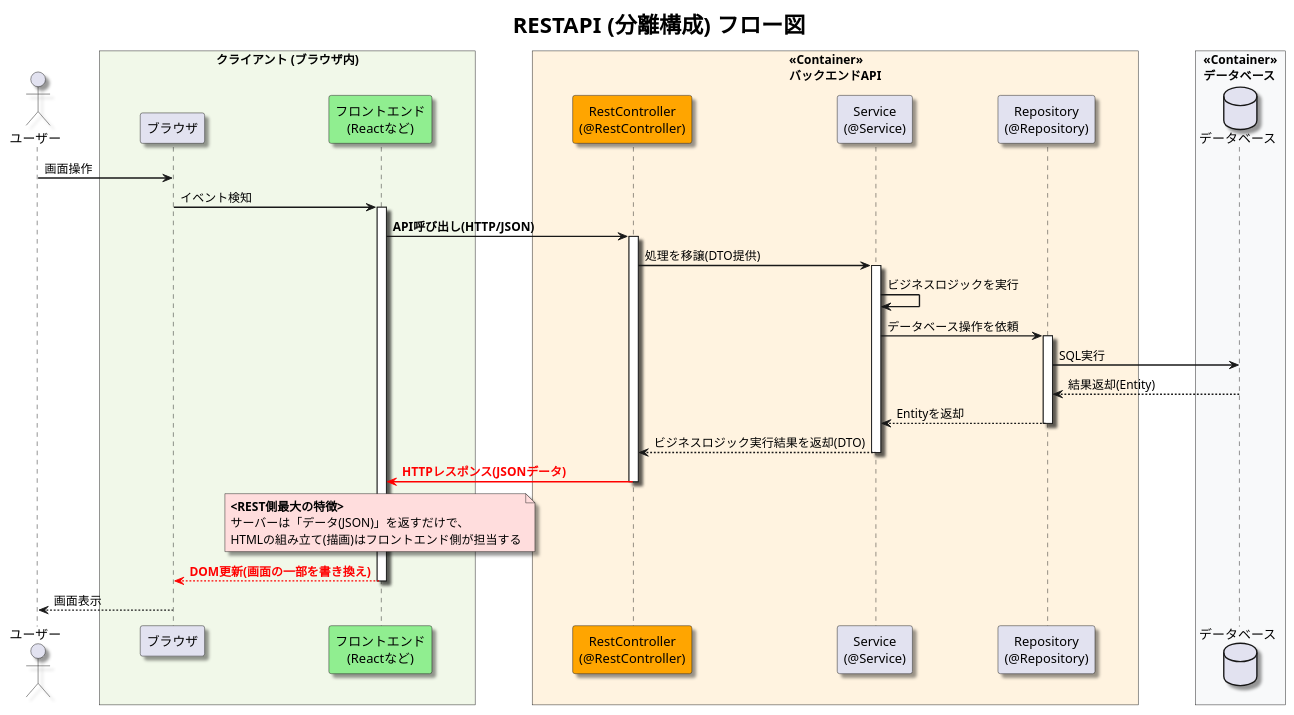
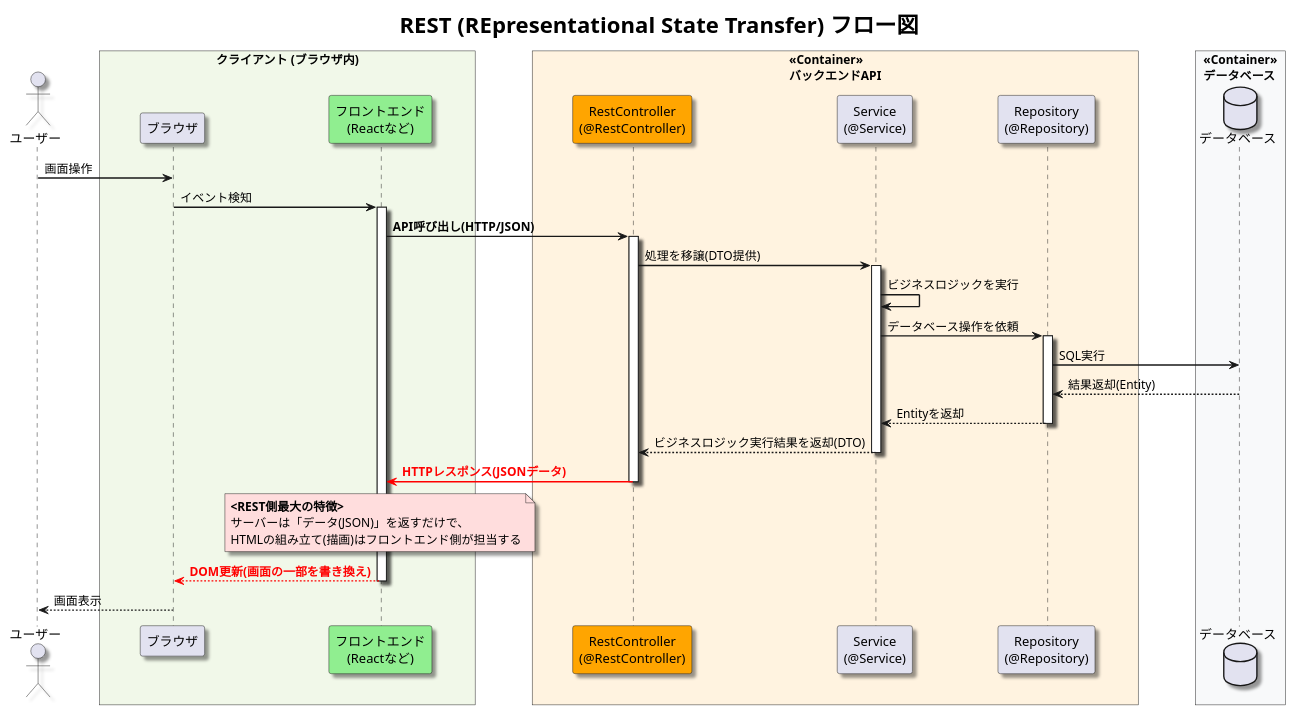
One commit to kyoya-msi/zenn-content changed the diagram in images/understanding-ssr-vs-restapi-umlsequense/puml/RESTAPI.puml. Above: the diagram before and after it, drawn with PlantUML. The commit also changed 3 other files, not shown here.

Commit message:
記事の表現修正 - "RESTAPI"から"REST"に変更

```diff
--- a/images/understanding-ssr-vs-restapi-umlsequense/puml/RESTAPI.puml
+++ b/images/understanding-ssr-vs-restapi-umlsequense/puml/RESTAPI.puml
@@ -1,81 +1,81 @@
 @startuml
 ' ----------------------------
 '       レイアウト定義        
 ' ----------------------------
 skinparam TitleFontSize 24
 skinparam TitleFontStyle bold
 skinparam ParticipantPadding 40
 skinparam BoxPadding 30
 skinparam shadowing true
 skinparam sequenceArrowThickness 1.5
 
 ' ----------------------------
 '           タイトル           
 ' ----------------------------
-title "RESTAPI (分離構成) フロー図"
+title "REST (REpresentational State Transfer) フロー図"
 
 ' ----------------------------
 '       ライフライン定義       
 ' ----------------------------
 actor "ユーザー" as user
 
 box "クライアント (ブラウザ内)" #f1f8e9
     participant "ブラウザ" as Browser
     participant "フロントエンド\n(Reactなど)" as front #LightGreen
 end box
 
 box "<<Container>>\nバックエンドAPI" #fff3e0
     participant "RestController\n(@RestController)" as Controller #Orange
     participant "Service\n(@Service)" as Service
     participant "Repository\n(@Repository)" as Repository
 end box
 
 box "<<Container>>\nデータベース" #f8f9fa
     database "データベース" as DB
 end box
 
 ' ----------------------------
 '        シーケンス定義        
 ' ----------------------------
 
 user -> Browser : 画面操作
 
 Browser -> front : イベント検知
 activate front
 
 front -> Controller : **API呼び出し(HTTP/JSON)**
 activate Controller
 
 Controller -> Service : 処理を移譲(DTO提供)
 activate Service
 
 Service -> Service : ビジネスロジックを実行
 
 Service -> Repository : データベース操作を依頼
 activate Repository
 
 Repository -> DB : SQL実行
 
 DB --> Repository : 結果返却(Entity)
 
 Repository --> Service : Entityを返却
 deactivate Repository
 
 Service --> Controller : ビジネスロジック実行結果を返却(DTO)
 deactivate Service
 
 Controller -[#Red]> front : <font color=red><b>HTTPレスポンス(JSONデータ)</b></font>
 deactivate Controller
 
 note over front #ffdddd
 **<REST側最大の特徴>**
 サーバーは「データ(JSON)」を返すだけで、
 HTMLの組み立て(描画)はフロントエンド側が担当する
 end note
 
 front -[#Red]-> Browser : <font color=red><b>DOM更新(画面の一部を書き換え)</b></font>
 deactivate front
 
 Browser --> user : 画面表示
 
 @enduml
```
